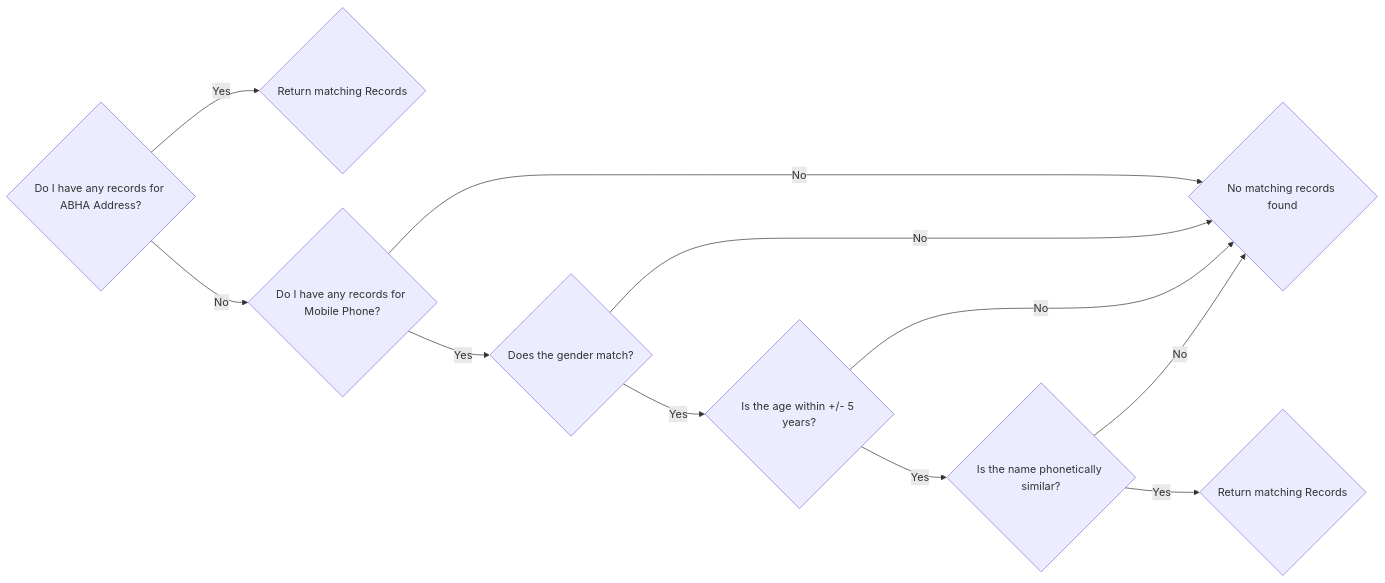
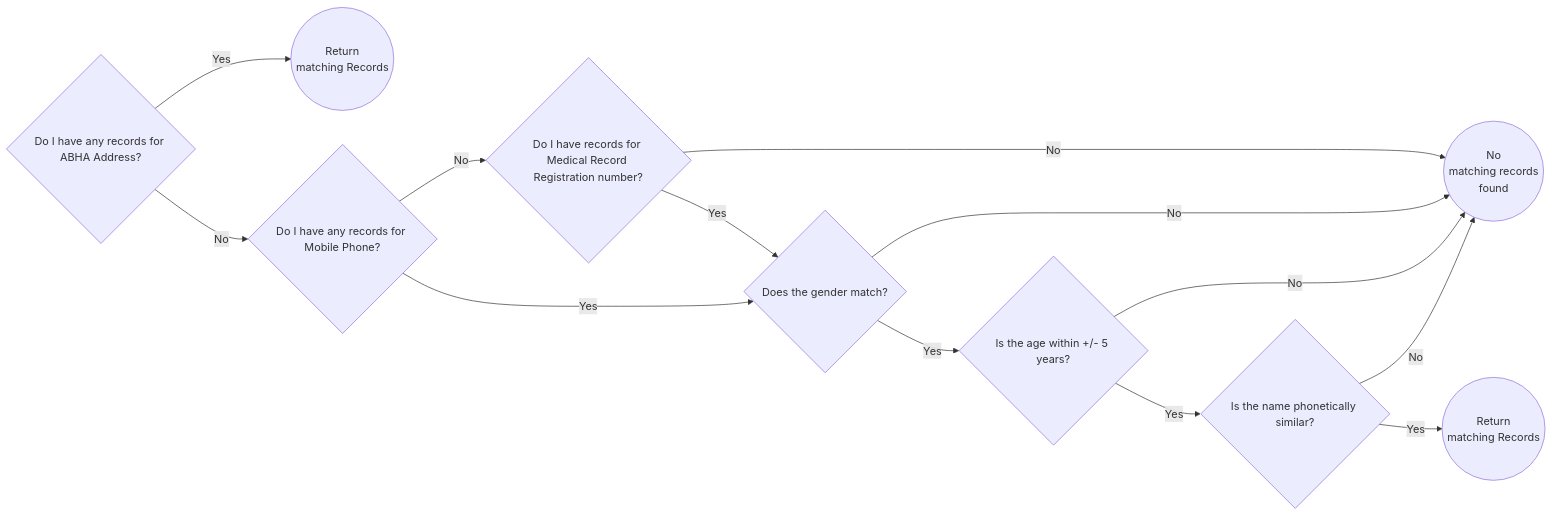
Before and after one commit to kiranma72/abdm-docs: the second of 3 diagrams in content/3-milestone2/link-care-context/discovery-link.md, drawn with Mermaid.

Commit message:
matching diagram

```diff
--- a/content/3-milestone2/link-care-context/discovery-link.md
+++ b/content/3-milestone2/link-care-context/discovery-link.md
@@ -39,14 +39,16 @@
 {{< mermaid >}}
 %%{init:{"fontSize": "1.0rem", sequence":{"showSequenceNumbers":true}}}%%
 flowchart LR
-id1 -->|Yes| id5{Return matching Records}
+id1 -->|Yes| id5((Return<br/>matching Records))
 id1{Do I have any records for ABHA Address?} -->|No| id2{Do I have any records for Mobile Phone?}
-id2 -->|No| id4{No matching records found}
+id2 --> |No| id9{Do I have records for <br/>Medical Record Registration number?}
+id9 --> |Yes|id3
+id9 --> |No|id4((No<br/>matching records<br/>found))
 id2 -->|Yes| id3{Does the gender match?}
 id3 --> |No| id4
 id3 -->|Yes| id6{Is the age within +/- 5 years?}
 id6 --> |No| id4
 id6 --> |Yes| id7{Is the name phonetically similar?}
 id7 --> |No| id4
-id7 --> |Yes| id8{Return matching Records}
+id7 --> |Yes| id8((Return<br/>matching Records))
 {{< /mermaid >}}
```
